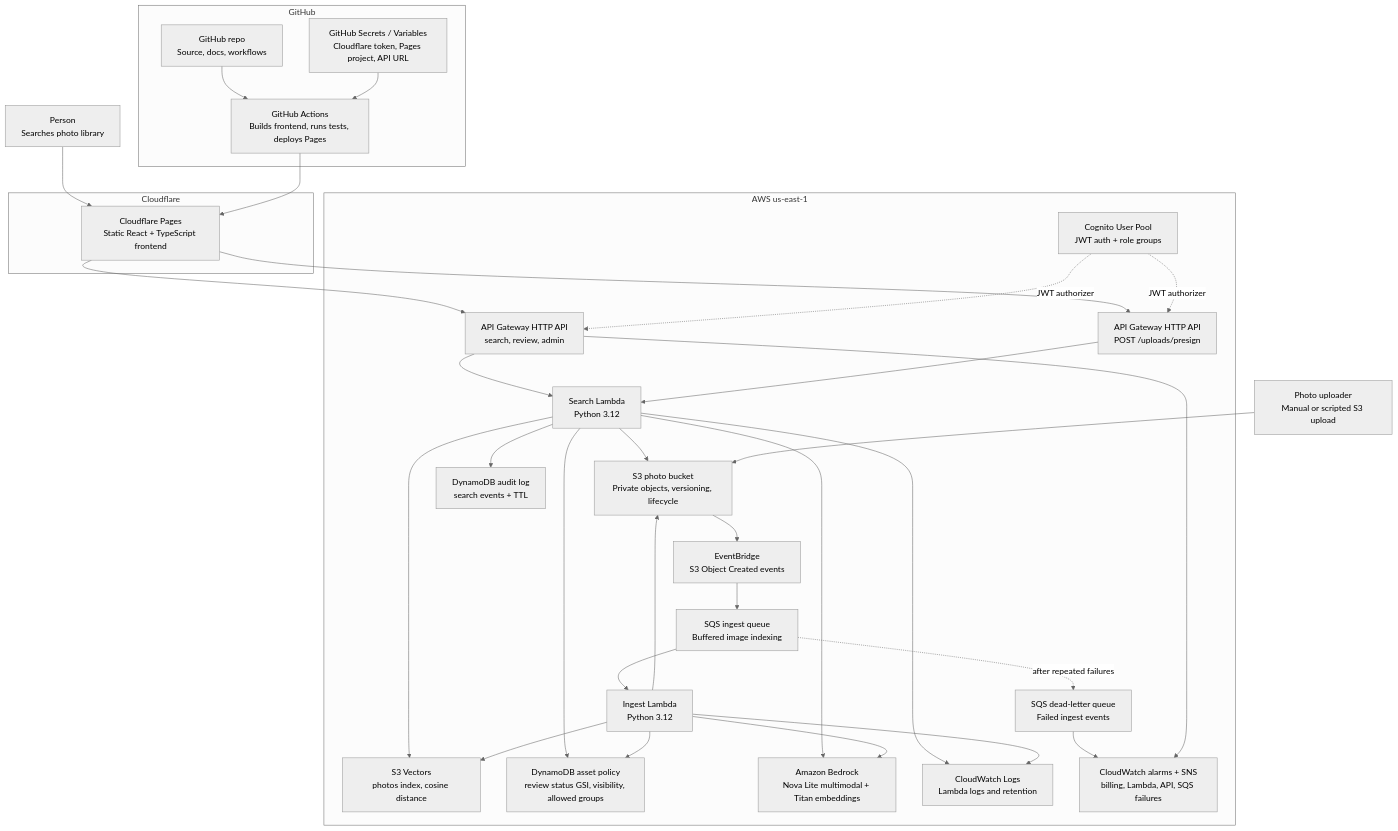
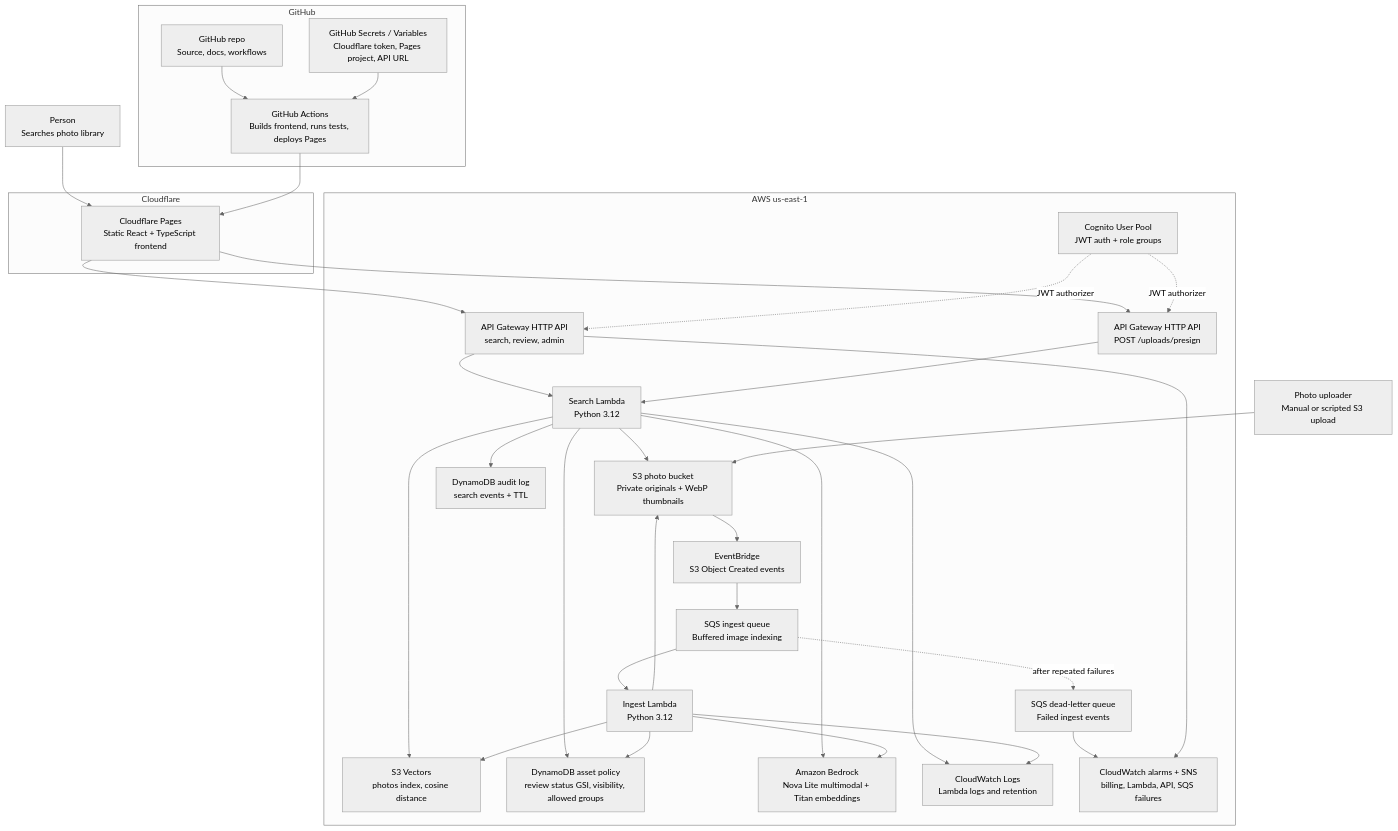
Before and after one commit to manynames3/photoscribe-ai: the diagram in docs/architecture.md, drawn with Mermaid (neutral theme). The commit also changed other lines of this file and 44 other files, not shown here.

````diff
--- a/docs/architecture.md
+++ b/docs/architecture.md
@@ -7,64 +7,64 @@
 ```mermaid
 flowchart TB
     person["Person<br/>Searches photo library"]
     uploader["Photo uploader<br/>Manual or scripted S3 upload"]
 
     subgraph cloudflare["Cloudflare"]
         pages["Cloudflare Pages<br/>Static React + TypeScript frontend"]
     end
 
     subgraph github["GitHub"]
         repo["GitHub repo<br/>Source, docs, workflows"]
         actions["GitHub Actions<br/>Builds frontend, runs tests, deploys Pages"]
         secrets["GitHub Secrets / Variables<br/>Cloudflare token, Pages project, API URL"]
     end
 
     subgraph aws["AWS us-east-1"]
         cognito["Cognito User Pool<br/>JWT auth + role groups"]
         api["API Gateway HTTP API<br/>search, review, admin"]
         upload_api["API Gateway HTTP API<br/>POST /uploads/presign"]
         search["Search Lambda<br/>Python 3.12"]
         ingest["Ingest Lambda<br/>Python 3.12"]
-        photos["S3 photo bucket<br/>Private objects, versioning, lifecycle"]
+        photos["S3 photo bucket<br/>Private originals + WebP thumbnails"]
         events["EventBridge<br/>S3 Object Created events"]
         ingest_queue["SQS ingest queue<br/>Buffered image indexing"]
         ingest_dlq["SQS dead-letter queue<br/>Failed ingest events"]
         vectors["S3 Vectors<br/>photos index, cosine distance"]
         policy["DynamoDB asset policy<br/>review status GSI, visibility, allowed groups"]
         audit["DynamoDB audit log<br/>search events + TTL"]
         bedrock["Amazon Bedrock<br/>Nova Lite multimodal + Titan embeddings"]
         logs["CloudWatch Logs<br/>Lambda logs and retention"]
         alarm["CloudWatch alarms + SNS<br/>billing, Lambda, API, SQS failures"]
     end
 
     person --> pages
     pages --> api
     pages --> upload_api
     cognito -. "JWT authorizer" .-> api
     cognito -. "JWT authorizer" .-> upload_api
     api --> search
     upload_api --> search
     search --> bedrock
     search --> vectors
     search --> policy
     search --> audit
     search --> photos
     search --> logs
 
     uploader --> photos
     photos --> events
     events --> ingest_queue
     ingest_queue -. "after repeated failures" .-> ingest_dlq
     ingest_queue --> ingest
     ingest --> photos
     ingest --> bedrock
     ingest --> vectors
     ingest --> policy
     ingest --> logs
     ingest_dlq --> alarm
     api --> alarm
 
     repo --> actions
     secrets --> actions
     actions --> pages
 ```
````
